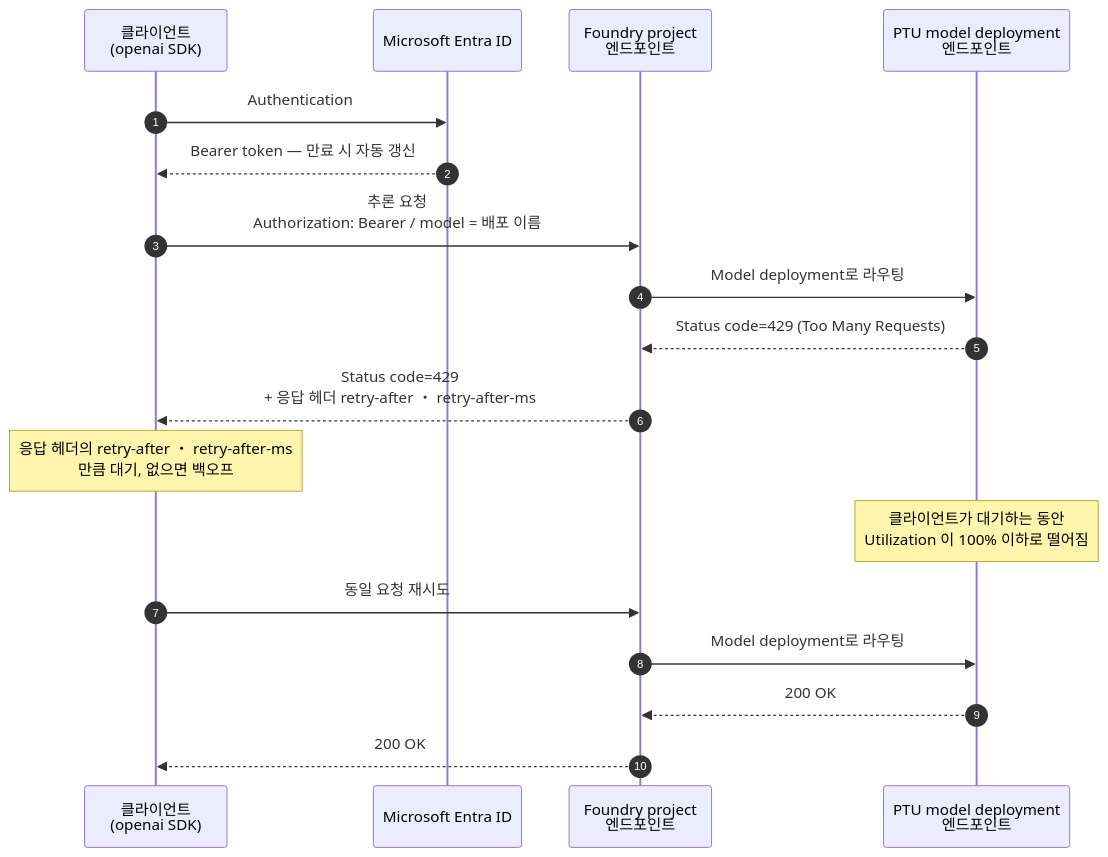
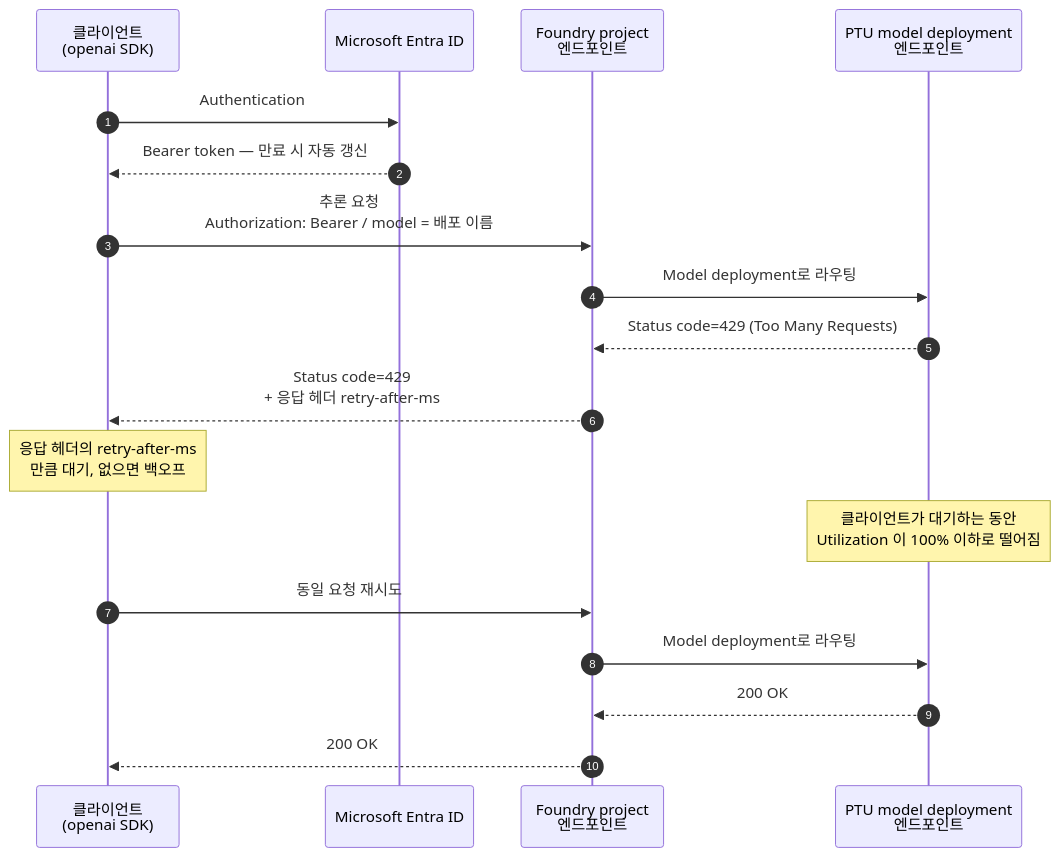
One commit to ivorycloud1013/lab-azure-guide-foundry-ptu changed the third of 6 diagrams in README.md. Above: the diagram before and after it, drawn with Mermaid. The commit also changed other lines of this file and 4 other files, not shown here.

First line of the commit message:
style: 출력을 logging 으로 통일하고 문서를 retry-after-ms 기준으로 정리

````diff
--- a/README.md
+++ b/README.md
@@ -276,21 +277,21 @@
 ```mermaid
 sequenceDiagram
     autonumber
     participant Client as 클라이언트<br/>(openai SDK)
     participant Entra as Microsoft Entra ID
     participant EP as Foundry project<br/>엔드포인트
     participant Deployment as PTU model deployment<br/>엔드포인트
 
     Client->>Entra: Authentication
     Entra-->>Client: Bearer token — 만료 시 자동 갱신
     Client->>EP: 추론 요청<br/>Authorization: Bearer / model = 배포 이름
     EP->>Deployment: Model deployment로 라우팅
     Deployment-->>EP: Status code=429 (Too Many Requests)
-    EP-->>Client: Status code=429<br/>+ 응답 헤더 retry-after ・ retry-after-ms
-    Note over Client: 응답 헤더의 retry-after ・ retry-after-ms<br/>만큼 대기, 없으면 백오프
+    EP-->>Client: Status code=429<br/>+ 응답 헤더 retry-after-ms
+    Note over Client: 응답 헤더의 retry-after-ms<br/>만큼 대기, 없으면 백오프
     Note over Deployment: 클라이언트가 대기하는 동안<br/>Utilization 이 100% 이하로 떨어짐
     Client->>EP: 동일 요청 재시도
     EP->>Deployment: Model deployment로 라우팅
     Deployment-->>EP: 200 OK
     EP-->>Client: 200 OK
 ```
````
